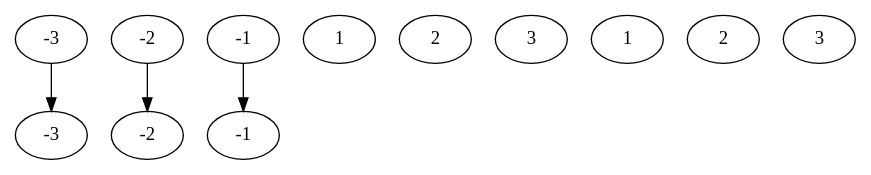
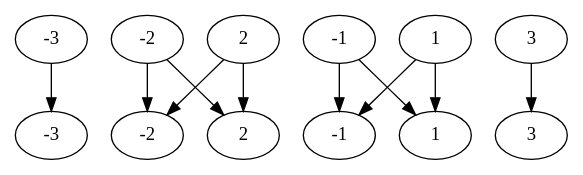
One commit to tnichols217/notes changed the diagram in CSDS 302 - Discrete Math/HW/1.md. Above: the diagram before and after it, drawn with Graphviz.

Commit message:
vault backup: 2024-01-26 12:21:35

````diff
--- a/CSDS 302 - Discrete Math/HW/1.md
+++ b/CSDS 302 - Discrete Math/HW/1.md
@@ -132,19 +132,22 @@
 ```dot
 digraph {
 	a [label=-3]
 	b [label=-2]
 	c [label=-1]
 	d [label=1]
 	e [label=2]
 	f [label=3]
 	A [label=-3]
 	B [label=-2]
 	C [label=-1]
 	D [label=1]
 	E [label=2]
 	F [label=3]
 	a -> A
-	b -> B
-	c -> C
+	b -> {B E}
+	c -> {C D}
+	d -> {C D}
+	e -> {B E}
+	f -> F
 }
 ```
````
